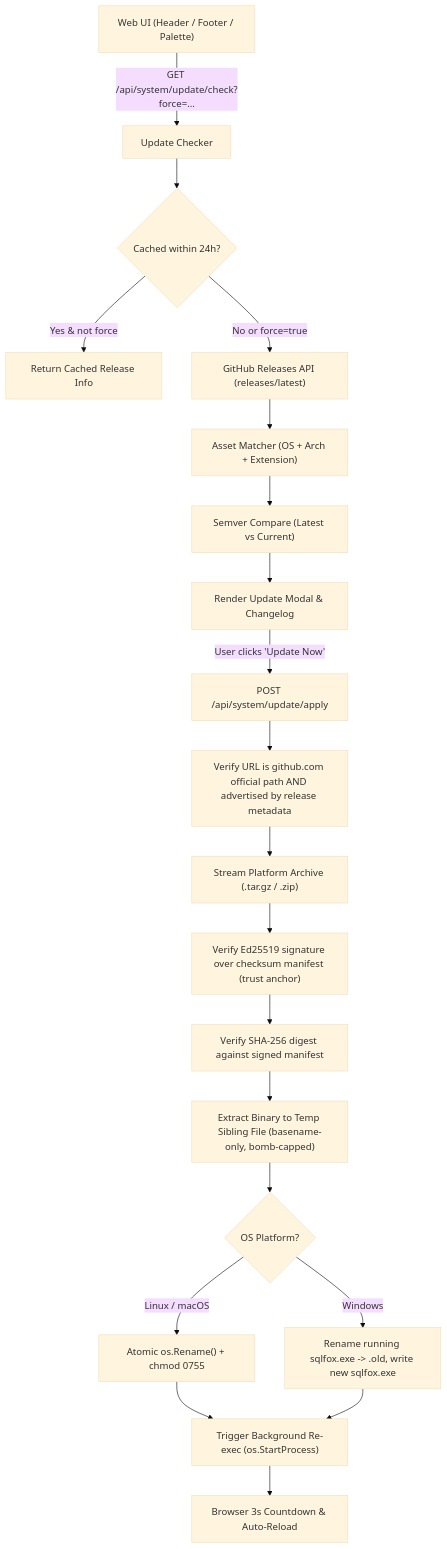
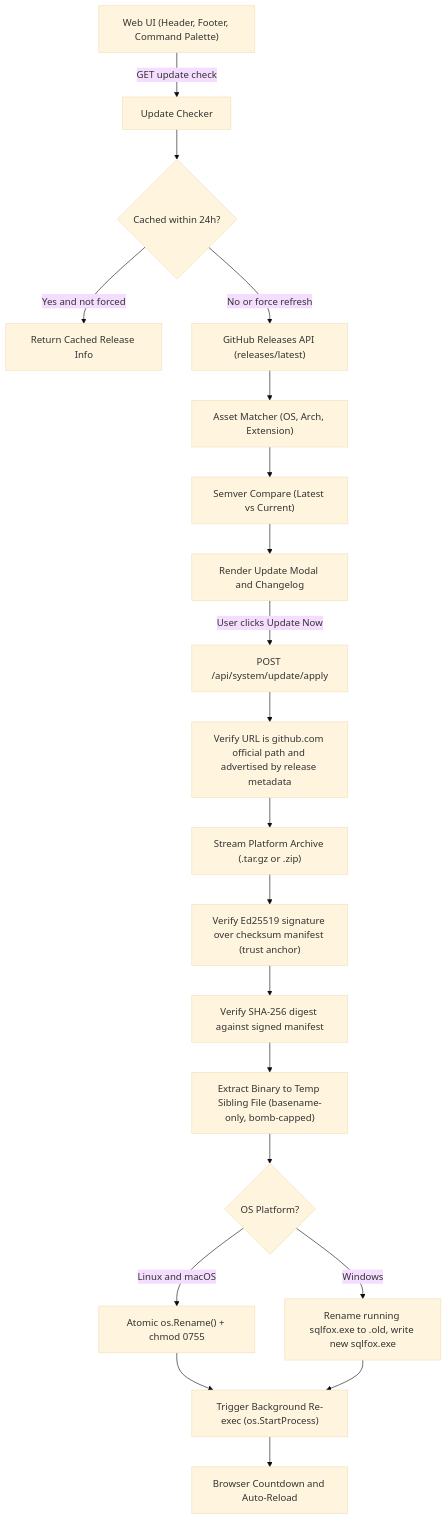
Before and after one commit to herliansyah/sqlfox: diagram 12 of 23 in ARCHITECTURE.md, drawn with Mermaid (base theme). The commit also changed other lines of this file and 9 other files, not shown here.

First line of the commit message:
docs: synchronize architecture, milestones, and security specs for v0.16.1 (#137)

````diff
--- a/ARCHITECTURE.md
+++ b/ARCHITECTURE.md
@@ -625,23 +625,23 @@
 ```mermaid
 flowchart TD
-    UI["Web UI (Header / Footer / Palette)"] -->|GET /api/system/update/check?force=...| Check["Update Checker"]
+    UI["Web UI (Header, Footer, Command Palette)"] -->|GET update check| Check["Update Checker"]
     Check --> Cache{"Cached within 24h?"}
-    Cache -->|Yes & not force| ReturnCache["Return Cached Release Info"]
-    Cache -->|No or force=true| GitHubAPI["GitHub Releases API (releases/latest)"]
-    GitHubAPI --> Matcher["Asset Matcher (OS + Arch + Extension)"]
+    Cache -->|Yes and not forced| ReturnCache["Return Cached Release Info"]
+    Cache -->|No or force refresh| GitHubAPI["GitHub Releases API (releases/latest)"]
+    GitHubAPI --> Matcher["Asset Matcher (OS, Arch, Extension)"]
     Matcher --> ParseSemver["Semver Compare (Latest vs Current)"]
-    ParseSemver --> UpdateModal["Render Update Modal & Changelog"]
+    ParseSemver --> UpdateModal["Render Update Modal and Changelog"]
 
-    UpdateModal -->|User clicks 'Update Now'| Apply["POST /api/system/update/apply"]
-    Apply --> Advertised["Verify URL is github.com official path AND advertised by release metadata"]
-    Advertised --> Download["Stream Platform Archive (.tar.gz / .zip)"]
+    UpdateModal -->|User clicks Update Now| Apply["POST /api/system/update/apply"]
+    Apply --> Advertised["Verify URL is github.com official path and advertised by release metadata"]
+    Advertised --> Download["Stream Platform Archive (.tar.gz or .zip)"]
     Download --> SigVerify["Verify Ed25519 signature over checksum manifest (trust anchor)"]
     SigVerify --> SumVerify["Verify SHA-256 digest against signed manifest"]
     SumVerify --> Extract["Extract Binary to Temp Sibling File (basename-only, bomb-capped)"]
     Extract --> Replace{"OS Platform?"}
-    Replace -->|Linux / macOS| AtomicRename["Atomic os.Rename() + chmod 0755"]
-    Replace -->|Windows| WinRename["Rename running sqlfox.exe -> .old, write new sqlfox.exe"]
+    Replace -->|Linux and macOS| AtomicRename["Atomic os.Rename() + chmod 0755"]
+    Replace -->|Windows| WinRename["Rename running sqlfox.exe to .old, write new sqlfox.exe"]
     AtomicRename --> Restart["Trigger Background Re-exec (os.StartProcess)"]
     WinRename --> Restart
-    Restart --> Reload["Browser 3s Countdown & Auto-Reload"]
+    Restart --> Reload["Browser Countdown and Auto-Reload"]
 ```
````
